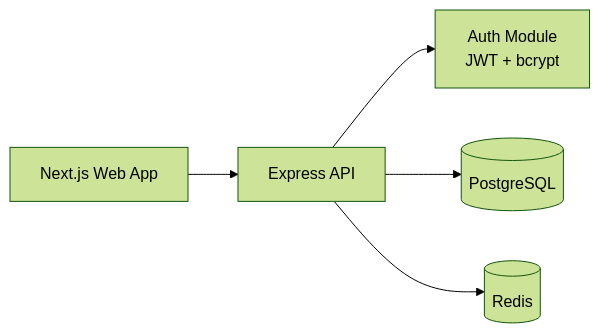
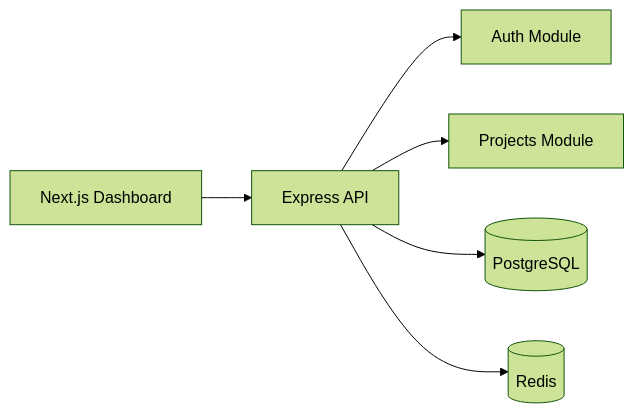
Before and after one commit to balajic1999/Server-Cost-Monitor: the diagram in README.md, drawn with Mermaid (forest theme). The commit also changed other lines of this file and 43 other files, not shown here.

````diff
--- a/README.md
+++ b/README.md
@@ -53,7 +70,8 @@
 ```mermaid
 flowchart LR
-  browser[Next.js Web App] --> api[Express API]
-  api --> auth[Auth Module\nJWT + bcrypt]
+  browser[Next.js Dashboard] --> api[Express API]
+  api --> auth[Auth Module]
+  api --> projects[Projects Module]
   api --> db[(PostgreSQL)]
   api --> redis[(Redis)]
 ```
````
